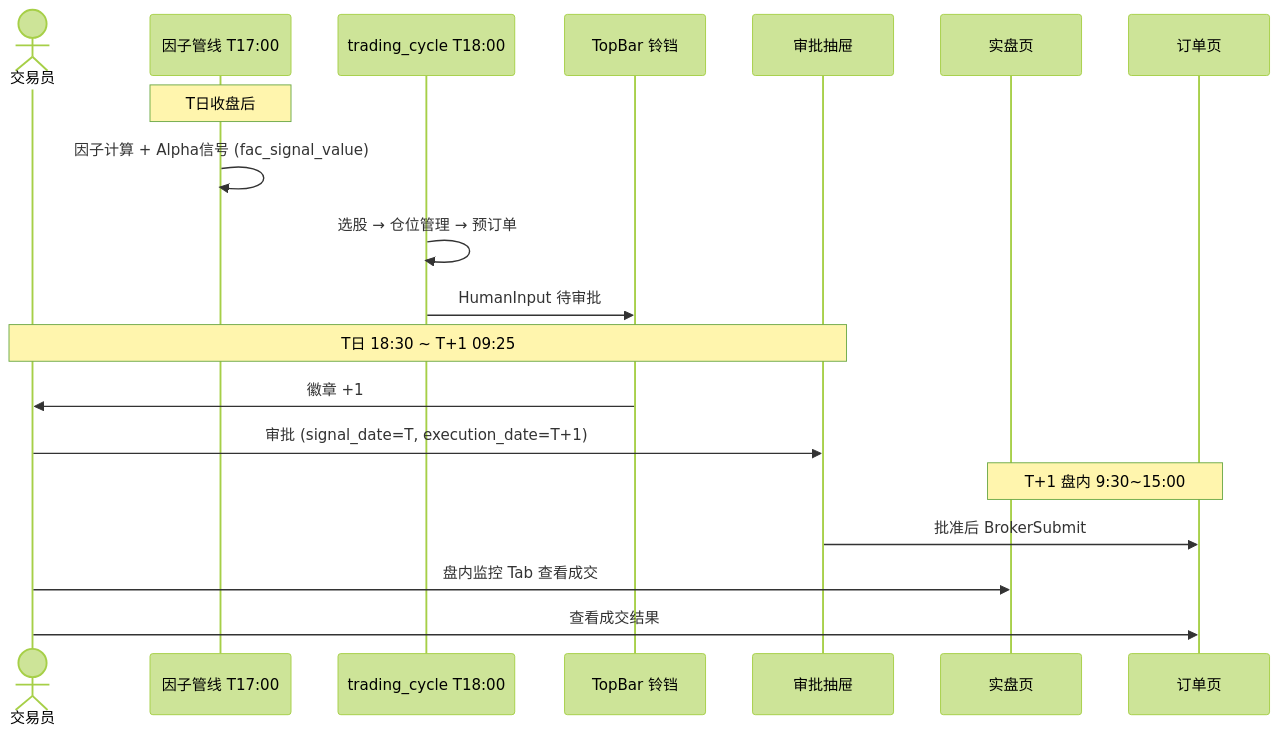
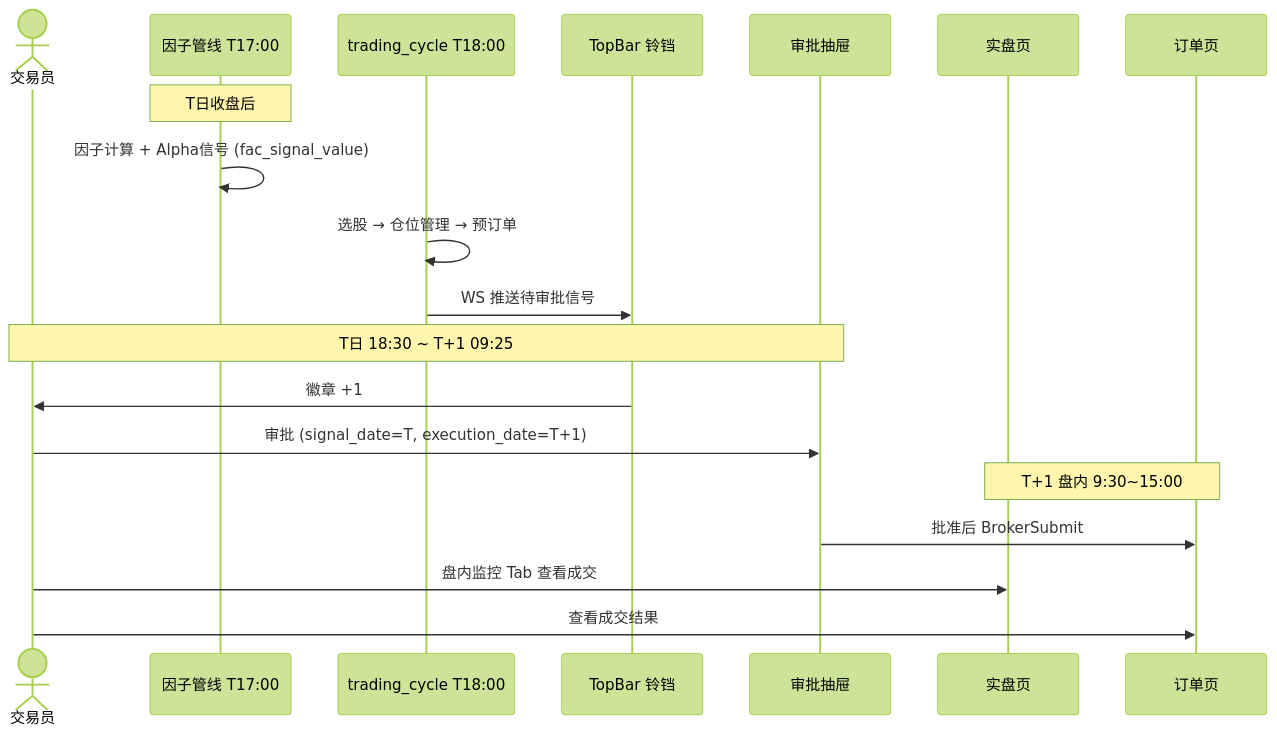
One commit to bitiany/xq-trader changed the third of 5 diagrams in docs/trading-product-design.md. Above: the diagram before and after it, drawn with Mermaid (forest theme). The commit also changed other lines of this file and 44 other files, not shown here.

````diff
--- a/docs/trading-product-design.md
+++ b/docs/trading-product-design.md
@@ -341,24 +340,24 @@
 ```mermaid
 sequenceDiagram
     actor User as 交易员
     participant Factor as 因子管线 T17:00
     participant WF as trading_cycle T18:00
     participant Bell as TopBar 铃铛
     participant Drawer as 审批抽屉
     participant Live as 实盘页
     participant Orders as 订单页
 
     Note over Factor: T日收盘后
     Factor->>Factor: 因子计算 + Alpha信号 (fac_signal_value)
     WF->>WF: 选股 → 仓位管理 → 预订单
-    WF->>Bell: HumanInput 待审批
+    WF->>Bell: WS 推送待审批信号
 
     Note over User,Drawer: T日 18:30 ~ T+1 09:25
     Bell->>User: 徽章 +1
     User->>Drawer: 审批 (signal_date=T, execution_date=T+1)
 
     Note over Live,Orders: T+1 盘内 9:30~15:00
     Drawer->>Orders: 批准后 BrokerSubmit
     User->>Live: 盘内监控 Tab 查看成交
     User->>Orders: 查看成交结果
 ```
````
